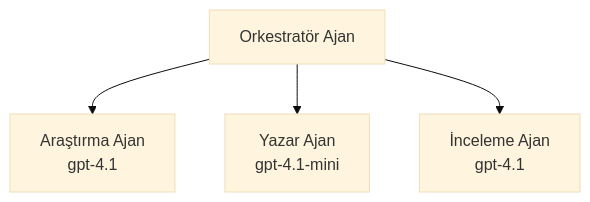
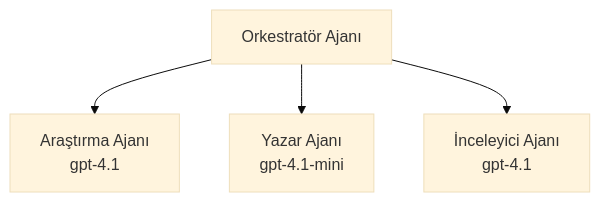
The third of 3 diagrams in translations/tr/docs/chapter-02-ai-development/agents.md (microsoft/AZD-for-beginners), drawn with Mermaid (base theme) before and after one commit. The commit also changed other lines of this file and 101 other files, not shown here.

````diff
--- a/translations/tr/docs/chapter-02-ai-development/agents.md
+++ b/translations/tr/docs/chapter-02-ai-development/agents.md
@@ -189,6 +194,6 @@
 ```mermaid
 graph TD
-    Orchestrator[Orkestratör Ajan] --> Research[Araştırma Ajan<br/>gpt-4.1]
-    Orchestrator --> Writer[Yazar Ajan<br/>gpt-4.1-mini]
-    Orchestrator --> Reviewer[İnceleme Ajan<br/>gpt-4.1]
+    Orchestrator[Orkestratör Ajanı] --> Research[Araştırma Ajanı<br/>gpt-4.1]
+    Orchestrator --> Writer[Yazar Ajanı<br/>gpt-4.1-mini]
+    Orchestrator --> Reviewer[İnceleyici Ajanı<br/>gpt-4.1]
 ```
````
